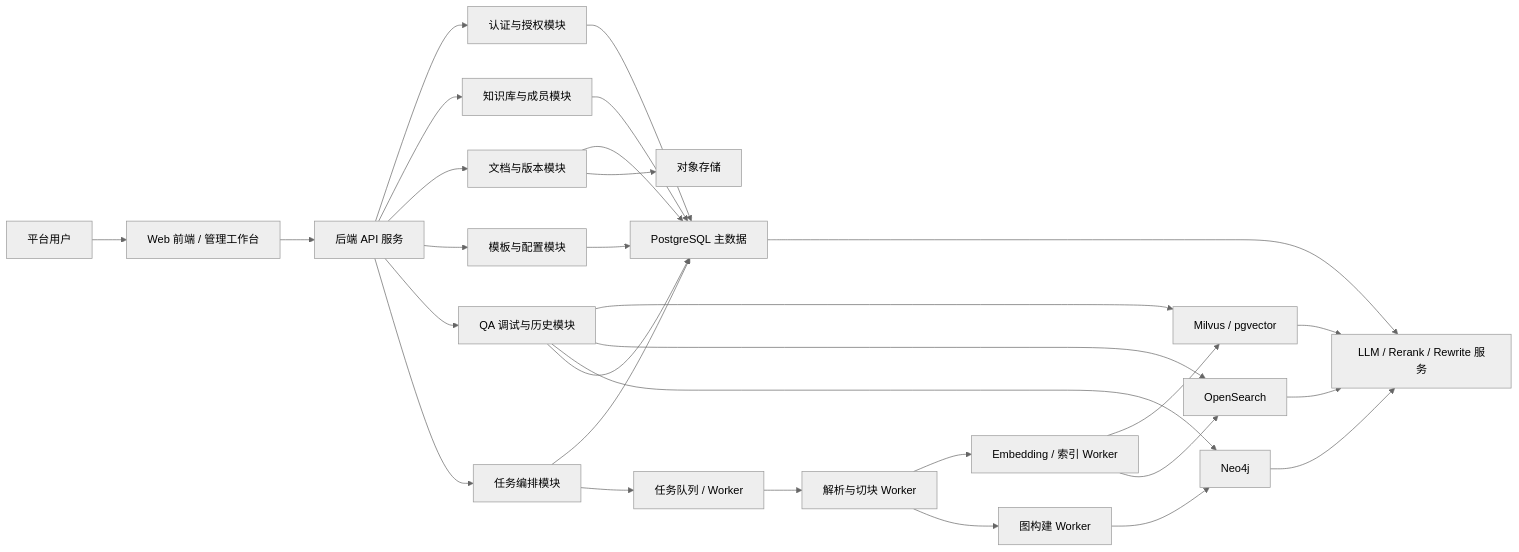
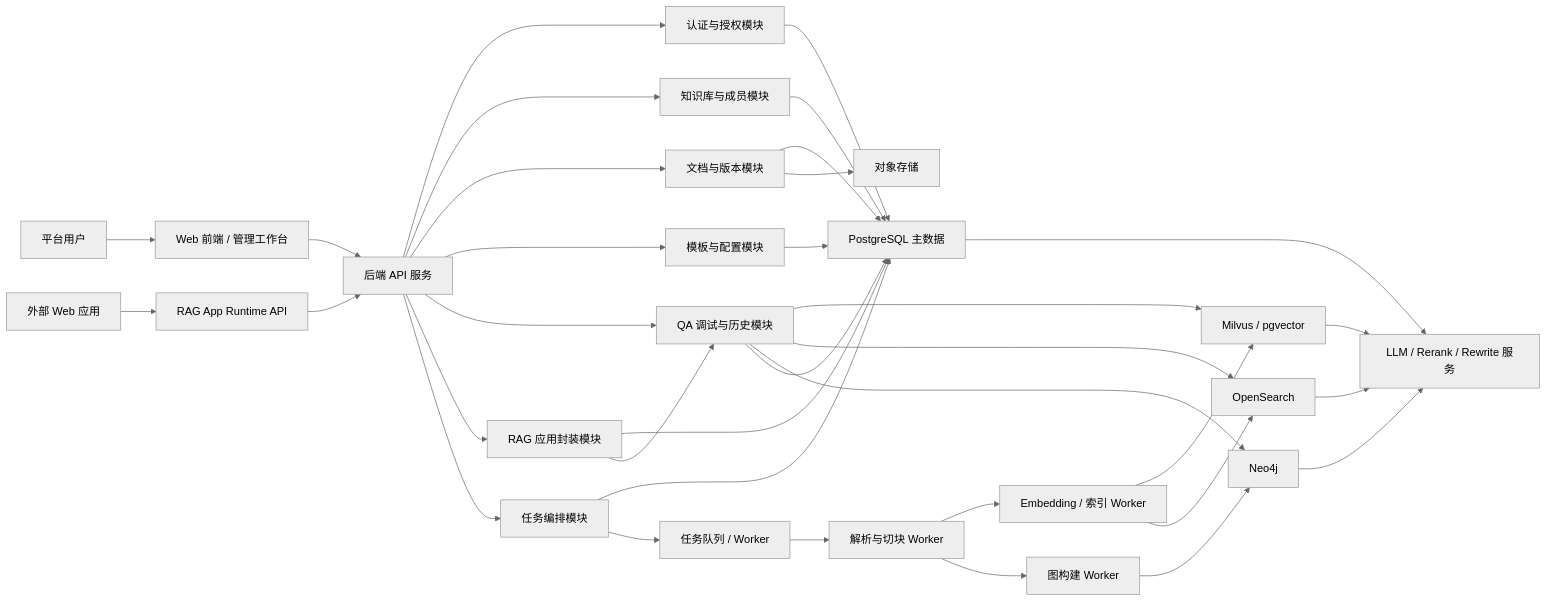
One commit to jinguoyang/RAG-Lab changed the diagram in docs/03-系统设计/总体设计说明书.md. Above: the diagram before and after it, drawn with Mermaid (neutral theme). The commit also changed other lines of this file and 17 other files, not shown here.

````diff
--- a/docs/03-系统设计/总体设计说明书.md
+++ b/docs/03-系统设计/总体设计说明书.md
@@ -100,38 +106,43 @@
 ```mermaid
 flowchart LR
     U["平台用户"] --> FE["Web 前端 / 管理工作台"]
     FE --> API["后端 API 服务"]
+    EXT["外部 Web 应用"] --> RT["RAG App Runtime API"]
+    RT --> API
 
     API --> AUTH["认证与授权模块"]
     API --> KB["知识库与成员模块"]
     API --> DOC["文档与版本模块"]
     API --> CFG["模板与配置模块"]
     API --> QA["QA 调试与历史模块"]
+    API --> APP["RAG 应用封装模块"]
     API --> JOB["任务编排模块"]
 
     DOC --> PG["PostgreSQL 主数据"]
     CFG --> PG
     KB --> PG
     JOB --> PG
     AUTH --> PG
+    APP --> PG
+    APP --> QA
 
     DOC --> OSS["对象存储"]
     JOB --> MQ["任务队列 / Worker"]
     MQ --> PARSE["解析与切块 Worker"]
     PARSE --> EMB["Embedding / 索引 Worker"]
     PARSE --> GRAPH["图构建 Worker"]
 
     EMB --> VDB["Milvus / pgvector"]
     EMB --> OS["OpenSearch"]
     GRAPH --> NEO["Neo4j"]
 
     QA --> VDB
     QA --> OS
     QA --> NEO
     QA --> PG
 
     VDB --> LLM["LLM / Rerank / Rewrite 服务"]
     OS --> LLM
     NEO --> LLM
     PG --> LLM
 ```
````
